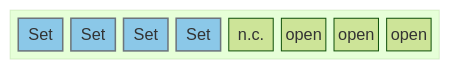
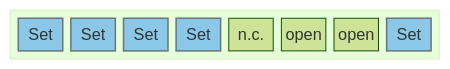
Before and after one commit to KROIA/Voicemail-Box: the diagram in Hardware/Config/SPI_WLAN.md, drawn with Mermaid (forest theme). The commit also changed other lines of this file and 19 other files, not shown here.

````diff
--- a/Hardware/Config/SPI_WLAN.md
+++ b/Hardware/Config/SPI_WLAN.md
@@ -6,20 +6,21 @@
 ```mermaid
 block-beta
     block
         columns 8
         a0["Set"]
         a1["Set"]
         a2["Set"]
         a3["Set"]
         a4["n.c."]
         a5["open"]
         a6["open"]
-        a7["open"]
+        a7["Set"]
     end
 
 classDef highlighter fill:#8bc8e8,stroke:#6c757d,color:#000000,stroke-width:1.5px;
 class a0 highlighter
 class a1 highlighter
 class a2 highlighter
 class a3 highlighter
+class a7 highlighter
 ```
````
